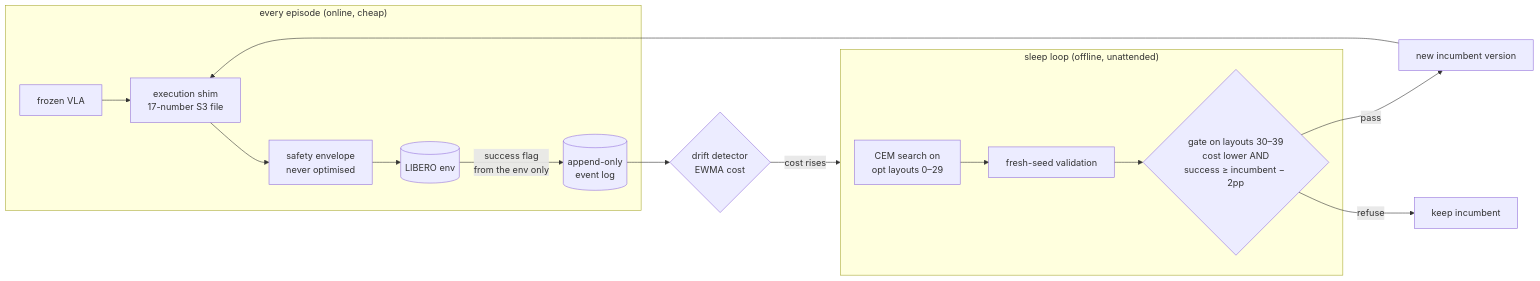
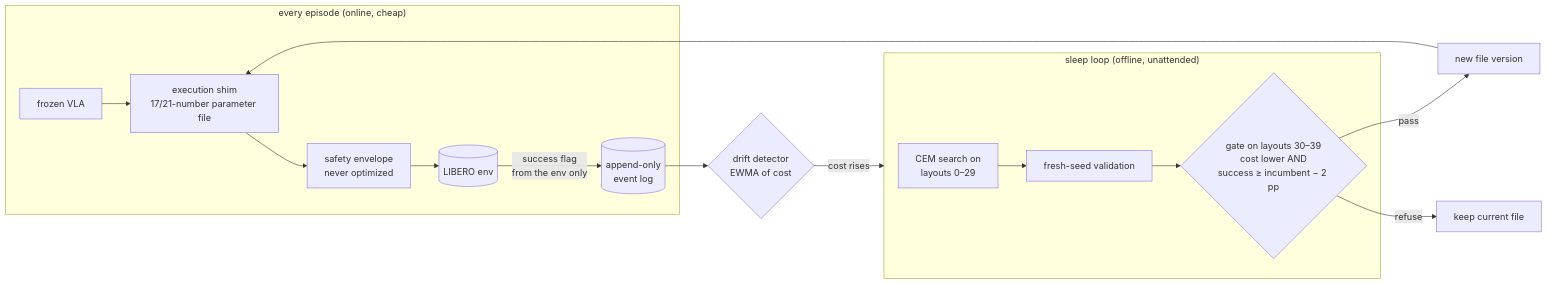
One commit to mzhao1599/dnhacks26 changed the diagram in README.md. Above: the diagram before and after it, drawn with Mermaid. The commit also changed other lines of this file and 2 other files, not shown here.

````diff
--- a/README.md
+++ b/README.md
@@ -67,14 +26,14 @@
 ```mermaid
 flowchart LR
   subgraph episode["every episode (online, cheap)"]
-    P[frozen VLA] --> S[execution shim<br/>17-number S3 file] --> E[safety envelope<br/>never optimised] --> Env[(LIBERO env)]
+    P[frozen VLA] --> S[execution shim<br/>17/21-number parameter file] --> E[safety envelope<br/>never optimized] --> Env[(LIBERO env)]
     Env -->|success flag<br/>from the env only| L[(append-only<br/>event log)]
   end
-  L --> D{drift detector<br/>EWMA cost}
+  L --> D{drift detector<br/>EWMA of cost}
   D -->|cost rises| Sleep
   subgraph Sleep["sleep loop (offline, unattended)"]
-    C[CEM search on<br/>opt layouts 0–29] --> V[fresh-seed validation] --> G{gate on layouts 30–39<br/>cost lower AND<br/>success ≥ incumbent − 2pp}
+    C[CEM search on<br/>layouts 0–29] --> V[fresh-seed validation] --> G{gate on layouts 30–39<br/>cost lower AND<br/>success ≥ incumbent − 2 pp}
   end
-  G -->|pass| I[new incumbent version] --> S
-  G -->|refuse| K[keep incumbent]
+  G -->|pass| I[new file version] --> S
+  G -->|refuse| K[keep current file]
 ```
````
